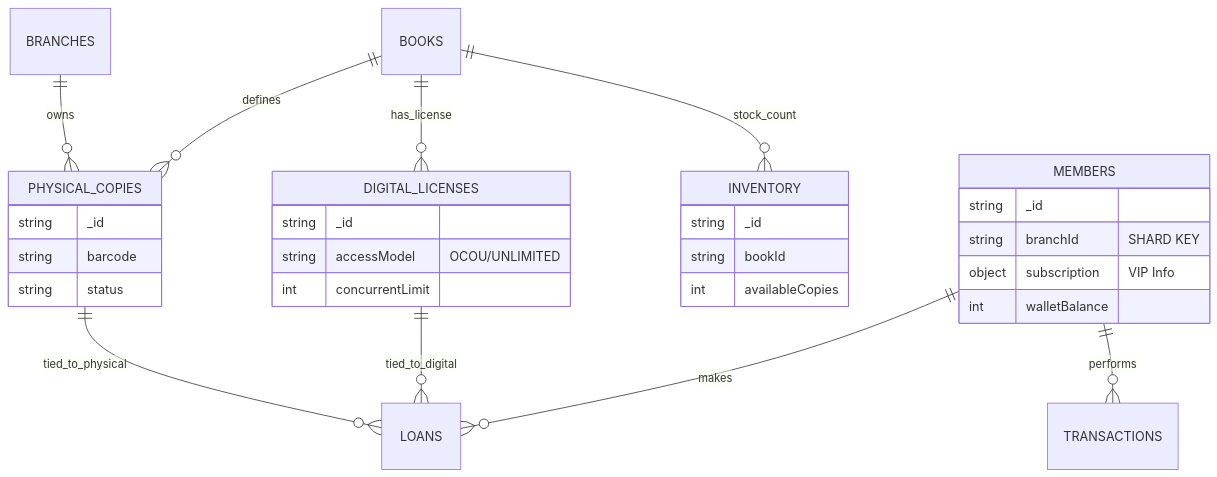
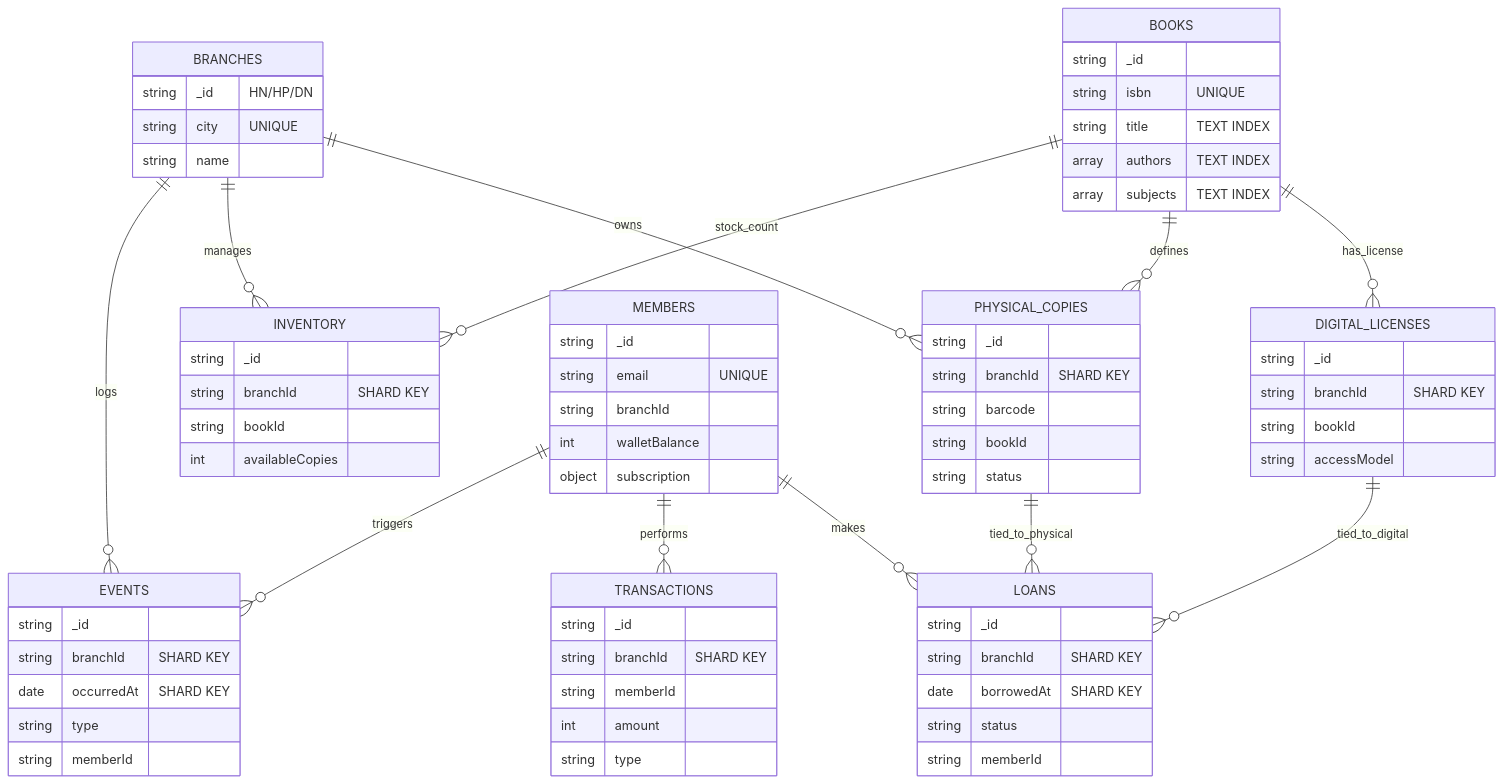
Before and after one commit to dtnntd/elib: the second of 2 diagrams in docs/report.md, drawn with Mermaid. The commit also changed other lines of this file and 16 other files, not shown here.

Commit message:
feat: Implement advanced book filtering, improve staff loan management with optimistic UI, and add VIP subscription details.

````diff
--- a/docs/report.md
+++ b/docs/report.md
@@ -150,35 +150,76 @@
 ```mermaid
 erDiagram
     BRANCHES ||--o{ PHYSICAL_COPIES : owns
+    BRANCHES ||--o{ INVENTORY : manages
+    BRANCHES ||--o{ EVENTS : logs
     BOOKS ||--o{ PHYSICAL_COPIES : defines
     BOOKS ||--o{ DIGITAL_LICENSES : has_license
     BOOKS ||--o{ INVENTORY : stock_count
 
     MEMBERS ||--o{ LOANS : makes
     MEMBERS ||--o{ TRANSACTIONS : performs
+    MEMBERS ||--o{ EVENTS : triggers
     
     PHYSICAL_COPIES ||--o{ LOANS : tied_to_physical
     DIGITAL_LICENSES ||--o{ LOANS : tied_to_digital
 
+    BOOKS {
+        string _id
+        string isbn "UNIQUE"
+        string title "TEXT INDEX"
+        array authors "TEXT INDEX"
+        array subjects "TEXT INDEX"
+    }
+    BRANCHES {
+        string _id "HN/HP/DN"
+        string city "UNIQUE"
+        string name
+    }
     MEMBERS {
         string _id
+        string email "UNIQUE"
+        string branchId
+        int walletBalance
+        object subscription
+    }
+    LOANS {
+        string _id
         string branchId "SHARD KEY"
-        object subscription "VIP Info"
-        int walletBalance
-    }
-    INVENTORY {
-        string _id
-        string bookId
-        int availableCopies
+        date borrowedAt "SHARD KEY"
+        string status
+        string memberId
     }
     PHYSICAL_COPIES {
         string _id
+        string branchId "SHARD KEY"
         string barcode
+        string bookId
         string status
     }
     DIGITAL_LICENSES {
         string _id
-        string accessModel "OCOU/UNLIMITED"
-        int concurrentLimit
+        string branchId "SHARD KEY"
+        string bookId
+        string accessModel
+    }
+    INVENTORY {
+        string _id
+        string branchId "SHARD KEY"
+        string bookId
+        int availableCopies
+    }
+    EVENTS {
+        string _id
+        string branchId "SHARD KEY"
+        date occurredAt "SHARD KEY"
+        string type
+        string memberId
+    }
+    TRANSACTIONS {
+        string _id
+        string branchId "SHARD KEY"
+        string memberId
+        int amount
+        string type
     }
 ```
````
